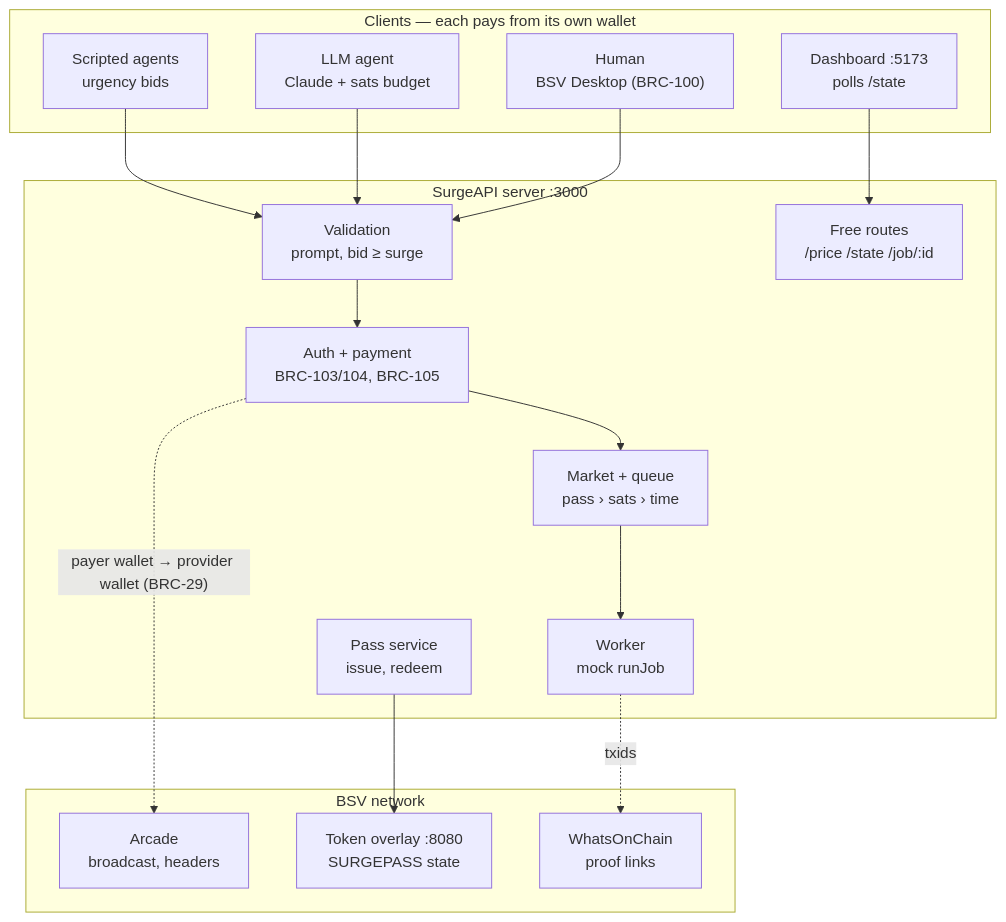
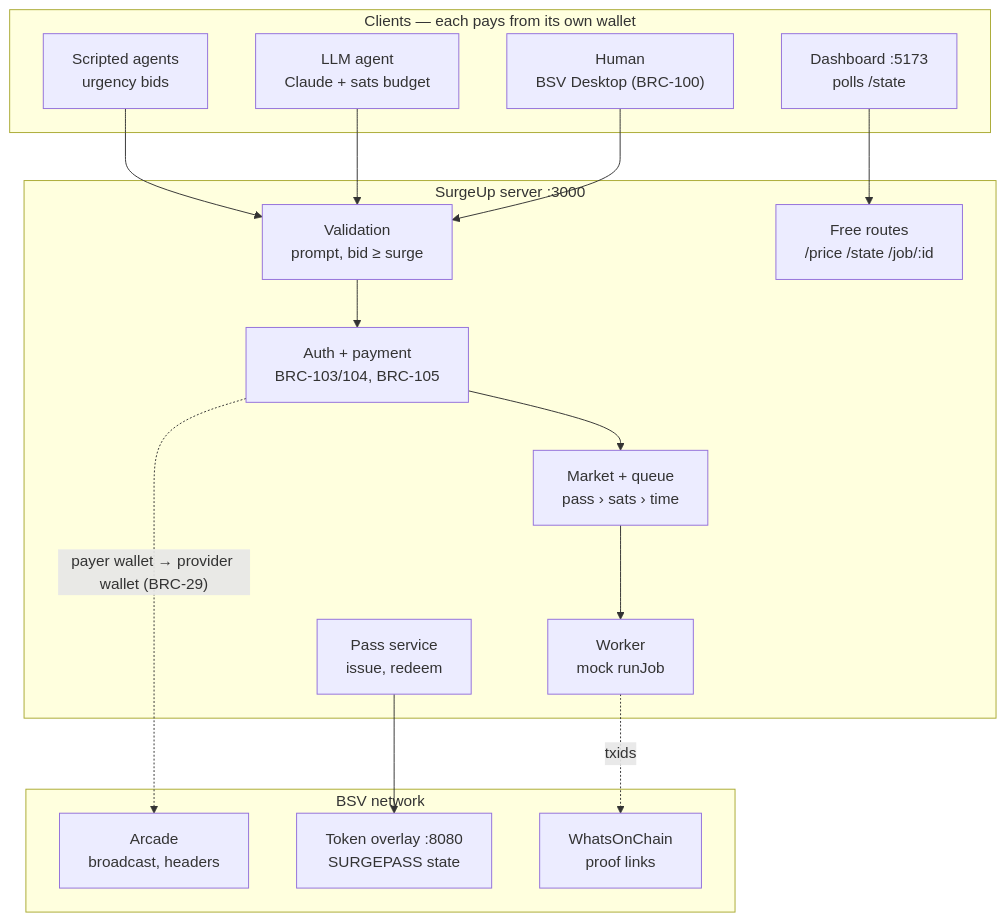
One commit to abhaysinhchavda/surgeup changed the first of 2 diagrams in README.md. Above: the diagram before and after it, drawn with Mermaid. The commit also changed other lines of this file and 3 other files, not shown here.

````diff
--- a/README.md
+++ b/README.md
@@ -11,33 +13,33 @@
 ```mermaid
 flowchart TB
   subgraph Clients["Clients — each pays from its own wallet"]
     SA["Scripted agents<br/>urgency bids"]
     LLM["LLM agent<br/>Claude + sats budget"]
     HU["Human<br/>BSV Desktop (BRC-100)"]
     DB["Dashboard :5173<br/>polls /state"]
   end
 
-  subgraph Server["SurgeAPI server :3000"]
+  subgraph Server["SurgeUp server :3000"]
     VAL["Validation<br/>prompt, bid ≥ surge"]
     PAY["Auth + payment<br/>BRC-103/104, BRC-105"]
     FREE["Free routes<br/>/price /state /job/:id"]
     MKT["Market + queue<br/>pass › sats › time"]
     WRK["Worker<br/>mock runJob"]
     PASS["Pass service<br/>issue, redeem"]
   end
 
   subgraph BSV["BSV network"]
     ARC["Arcade<br/>broadcast, headers"]
     OVL["Token overlay :8080<br/>SURGEPASS state"]
     WOC["WhatsOnChain<br/>proof links"]
   end
 
   SA --> VAL
   LLM --> VAL
   HU --> VAL
   DB --> FREE
   VAL --> PAY --> MKT --> WRK
   PAY -. "payer wallet → provider wallet (BRC-29)" .-> ARC
   PASS --> OVL
   WRK -. txids .-> WOC
 ```
````
